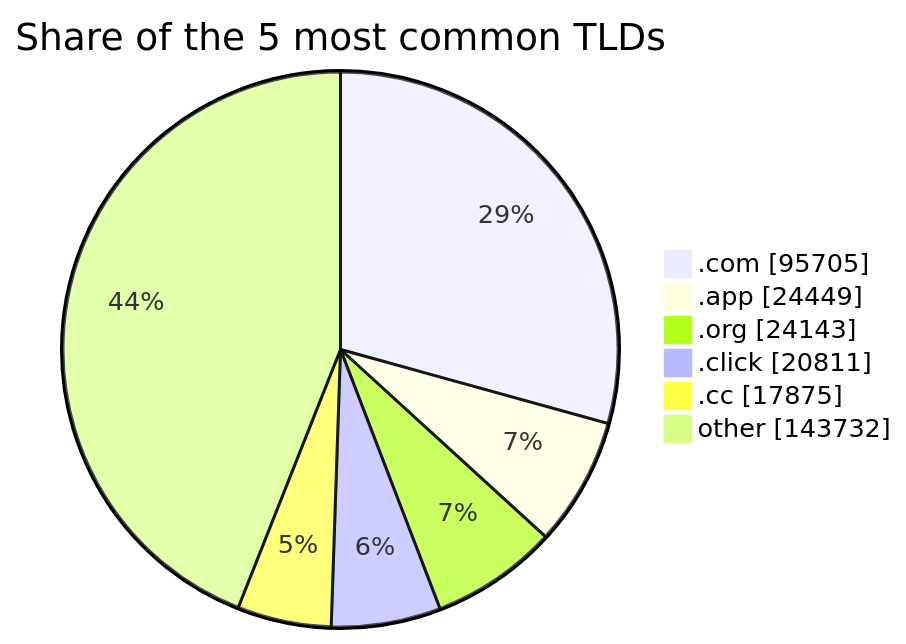
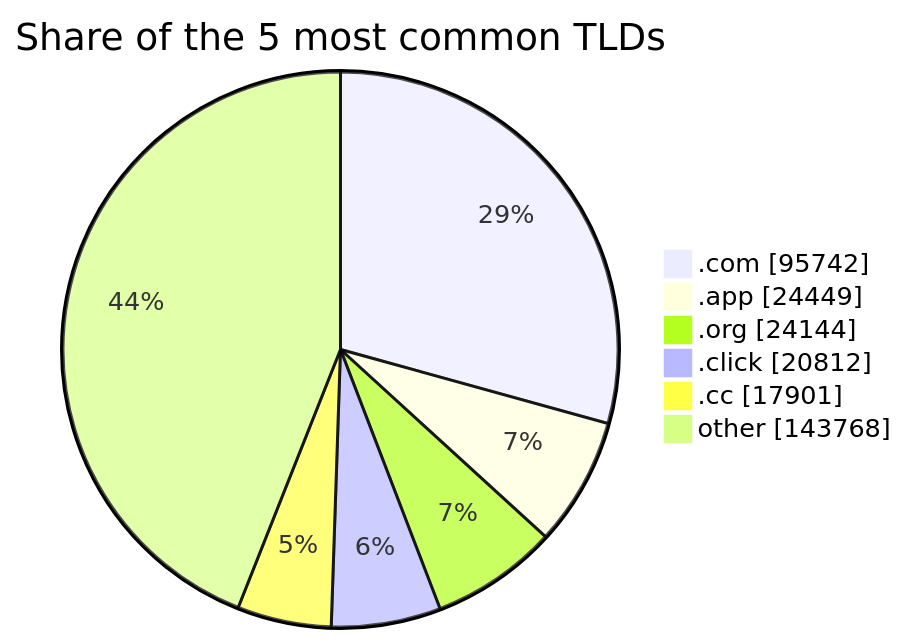
Before and after one commit to DNSBunker/CTI: the third of 3 diagrams in README.md, drawn with Mermaid. The commit also changed other lines of this file and 4 other files, not shown here.

````diff
--- a/README.md
+++ b/README.md
@@ -81,9 +81,9 @@
 ```mermaid
 pie showData title Share of the 5 most common TLDs
-    ".com" : 95705
+    ".com" : 95742
     ".app" : 24449
-    ".org" : 24143
-    ".click" : 20811
-    ".cc" : 17875
-    "other" : 143732
+    ".org" : 24144
+    ".click" : 20812
+    ".cc" : 17901
+    "other" : 143768
 ```
````
